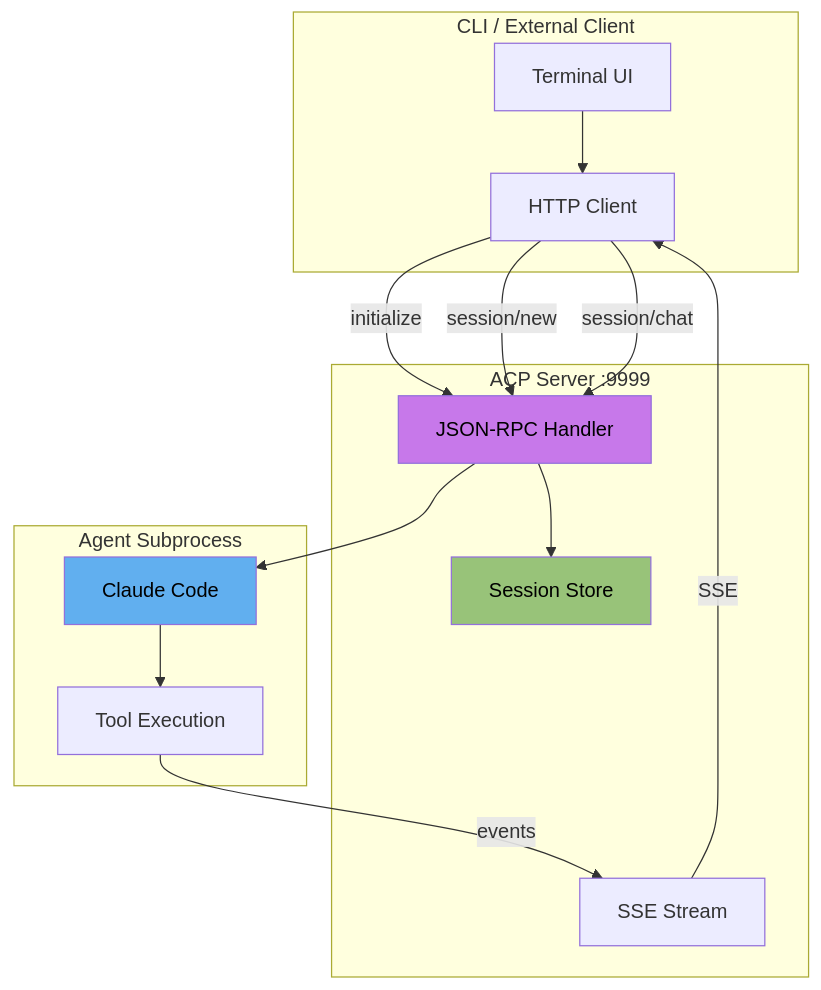
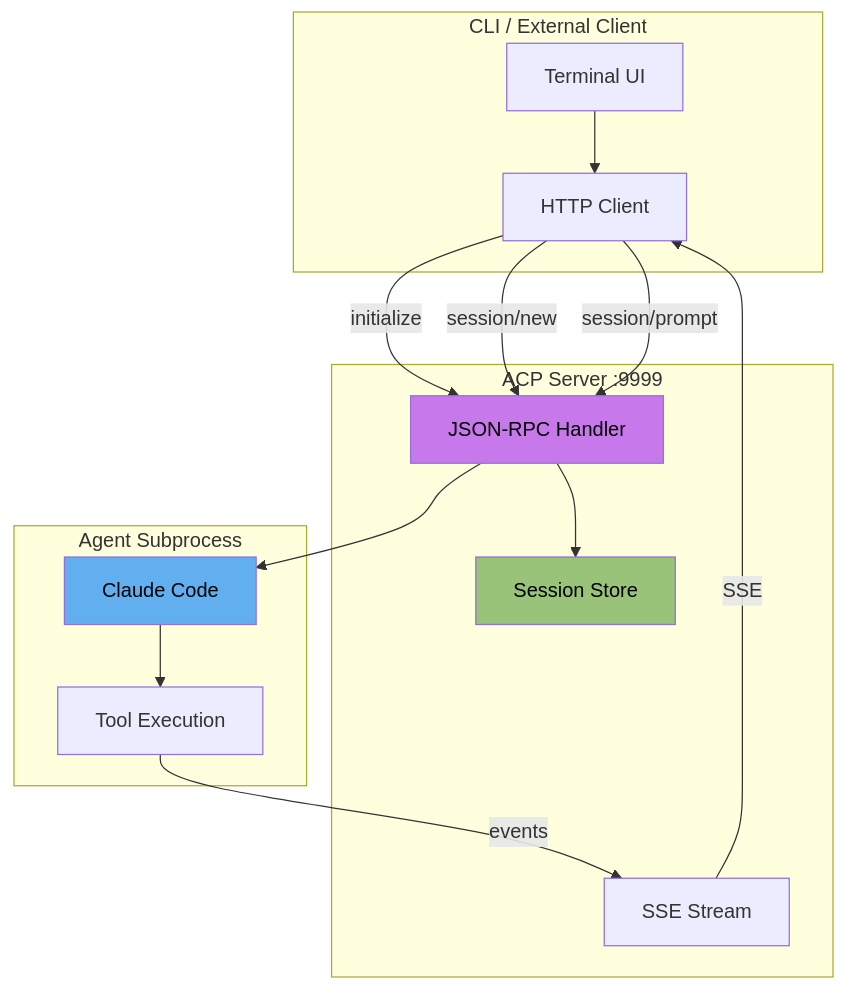
One commit to hdresearch/agent changed the diagram in README.md. Above: the diagram before and after it, drawn with Mermaid. The commit also changed other lines of this file, not shown here.

````diff
--- a/README.md
+++ b/README.md
@@ -31,32 +33,32 @@
 ```mermaid
 flowchart TB
     subgraph Client["CLI / External Client"]
         A[Terminal UI]
         B[HTTP Client]
     end
-    
+
     subgraph Server["ACP Server :9999"]
         C[JSON-RPC Handler]
         D[Session Store]
         E[SSE Stream]
     end
-    
+
     subgraph Agent["Agent Subprocess"]
         F[Claude Code]
         G[Tool Execution]
     end
-    
+
     A --> B
     B -->|initialize| C
     B -->|session/new| C
-    B -->|session/chat| C
+    B -->|session/prompt| C
     C --> D
     C --> F
     F --> G
     G -->|events| E
     E -->|SSE| B
-    
+
     style C fill:#c778ea,color:#000
     style D fill:#98c379,color:#000
     style F fill:#61afef,color:#000
 ```
````
